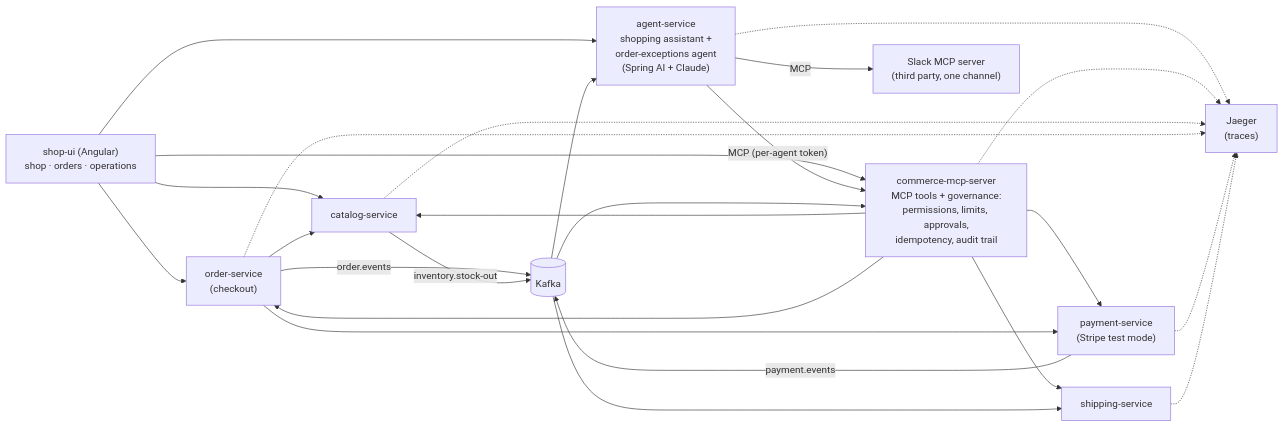
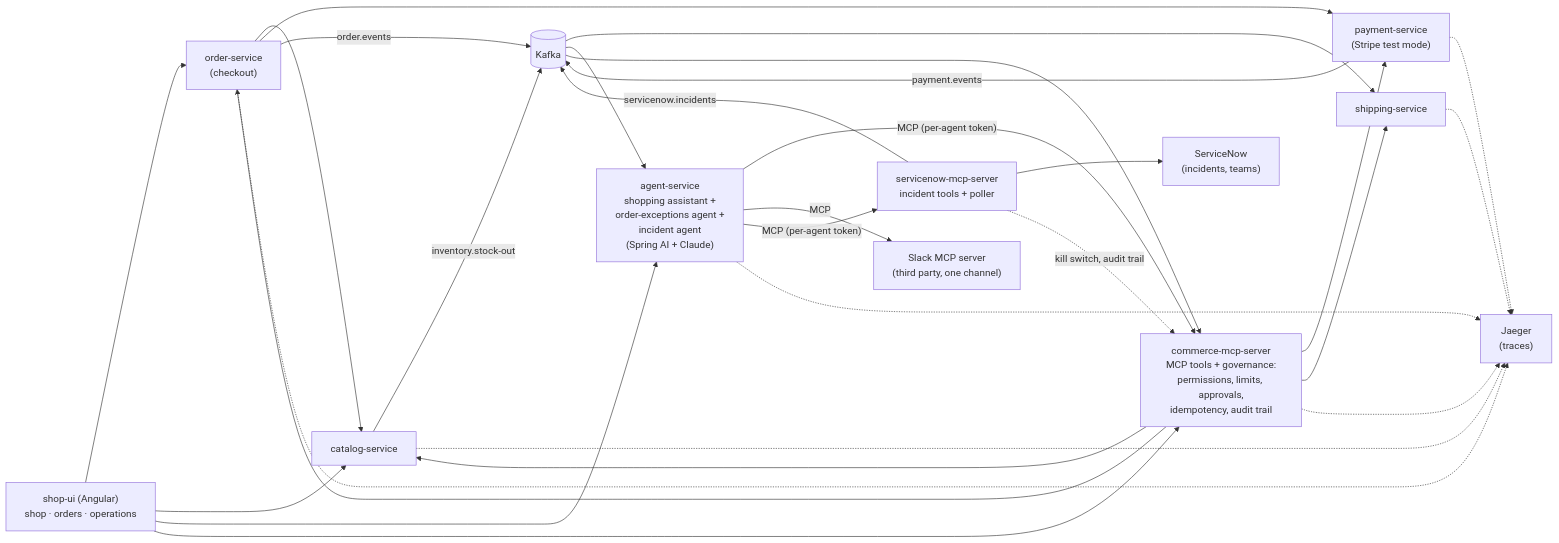
Before and after one commit to exepex/spring-ai-agentic-commerce: the diagram in README.md, drawn with Mermaid. The commit also changed other lines of this file and 42 other files, not shown here.

First line of the commit message:
Work ServiceNow incidents with an incident agent first

````diff
--- a/README.md
+++ b/README.md
@@ -30,24 +31,30 @@
 ```mermaid
 flowchart LR
     ui["shop-ui (Angular)<br/>shop · orders · operations"]
-    agent["agent-service<br/>shopping assistant +<br/>order-exceptions agent<br/>(Spring AI + Claude)"]
+    agent["agent-service<br/>shopping assistant +<br/>order-exceptions agent +<br/>incident agent<br/>(Spring AI + Claude)"]
     mcp["commerce-mcp-server<br/>MCP tools + governance:<br/>permissions, limits, approvals,<br/>idempotency, audit trail"]
     slack["Slack MCP server<br/>(third party, one channel)"]
+    snmcp["servicenow-mcp-server<br/>incident tools + poller"]
+    snow["ServiceNow<br/>(incidents, teams)"]
     catalog["catalog-service"]
     orders["order-service<br/>(checkout)"]
     payments["payment-service<br/>(Stripe test mode)"]
     shipping["shipping-service"]
     kafka[("Kafka")]
     jaeger["Jaeger<br/>(traces)"]
 
     ui --> orders & catalog & agent & mcp
     agent -- "MCP (per-agent token)" --> mcp
     agent -- MCP --> slack
+    agent -- "MCP (per-agent token)" --> snmcp
+    snmcp --> snow
+    snmcp -. "kill switch, audit trail" .-> mcp
+    snmcp -- servicenow.incidents --> kafka
     mcp --> catalog & orders & payments & shipping
     orders --> catalog & payments
     orders -- order.events --> kafka
     payments -- payment.events --> kafka
     catalog -- inventory.stock-out --> kafka
     kafka --> shipping & agent & mcp
     agent & mcp & catalog & orders & payments & shipping -.-> jaeger
 ```
````
